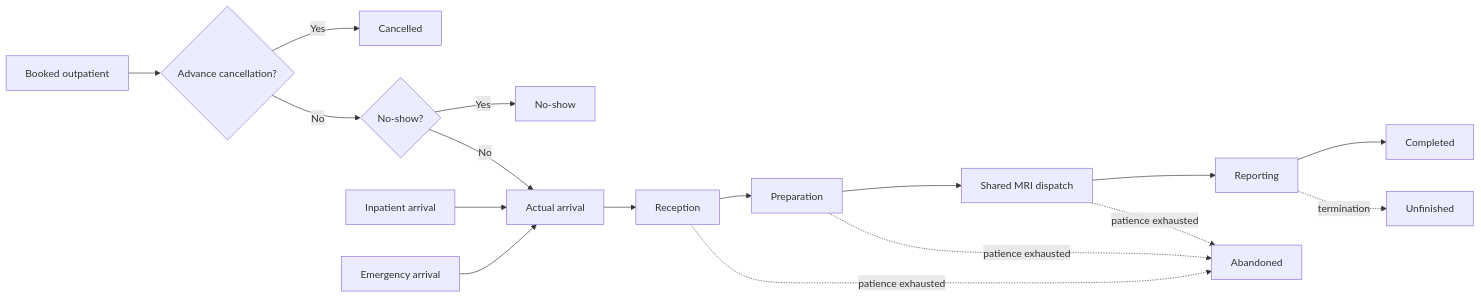
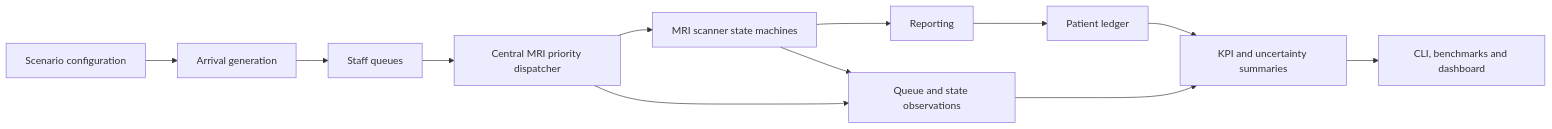
The second of 2 diagrams in README.md (sauravsingla/healthcare-discrete-event-simulation), drawn with Mermaid before and after one commit. The commit also changed other lines of this file and 3 other files, not shown here.

Commit message:
fix: complete DES architecture and validation hardening

````diff
--- a/README.md
+++ b/README.md
@@ -219,19 +120,14 @@
 ```mermaid
 flowchart LR
-    A[Booked outpatient] --> B{Advance cancellation?}
-    B -->|Yes| C[Cancelled]
-    B -->|No| D{No-show?}
-    D -->|Yes| E[No-show]
-    D -->|No| F[Actual arrival]
-    G[Inpatient arrival] --> F
-    H[Emergency arrival] --> F
-    F --> I[Reception]
-    I --> J[Preparation]
-    J --> K[Shared MRI dispatch]
-    K --> L[Reporting]
-    L --> M[Completed]
-    I -. patience exhausted .-> N[Abandoned]
-    J -. patience exhausted .-> N
-    K -. patience exhausted .-> N
-    L -. termination .-> O[Unfinished]
+    A[Scenario configuration] --> B[Arrival generation]
+    B --> C[Staff queues]
+    C --> D[Central MRI priority dispatcher]
+    D --> E[MRI scanner state machines]
+    E --> F[Reporting]
+    F --> G[Patient ledger]
+    D --> H[Queue and state observations]
+    E --> H
+    G --> I[KPI and uncertainty summaries]
+    H --> I
+    I --> J[CLI, benchmarks and dashboard]
 ```
````
